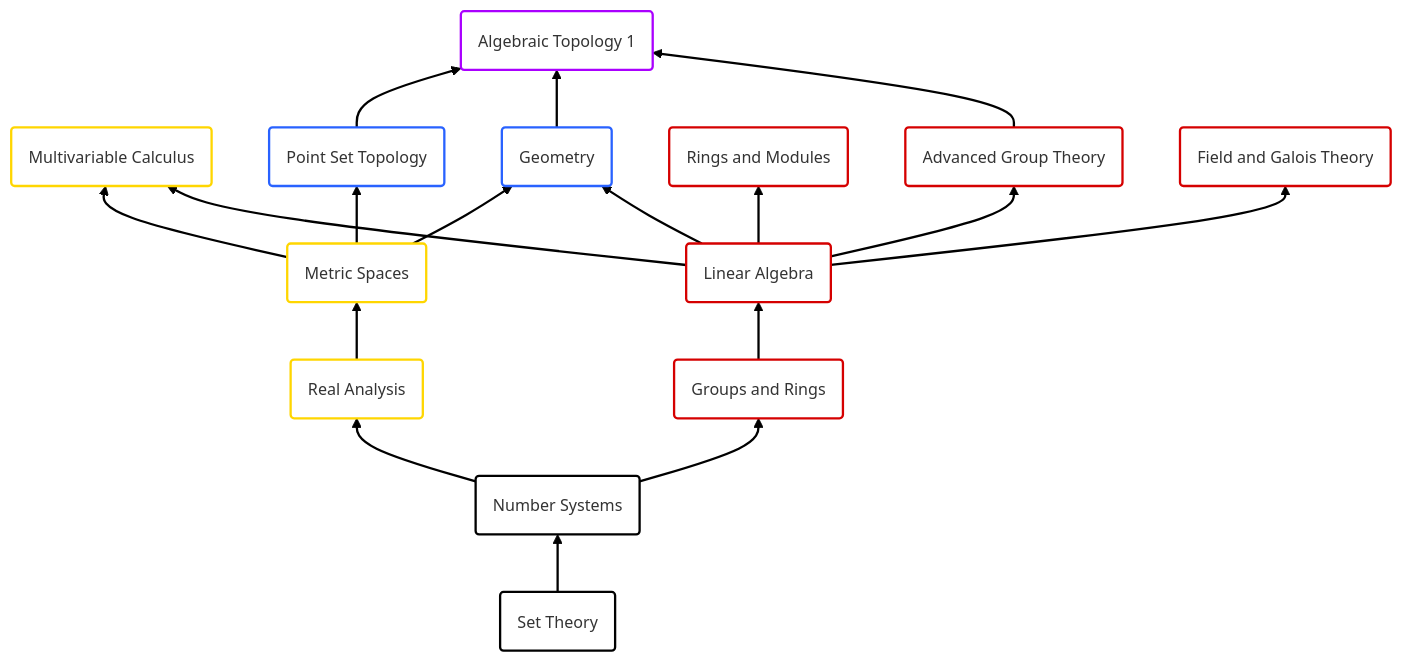
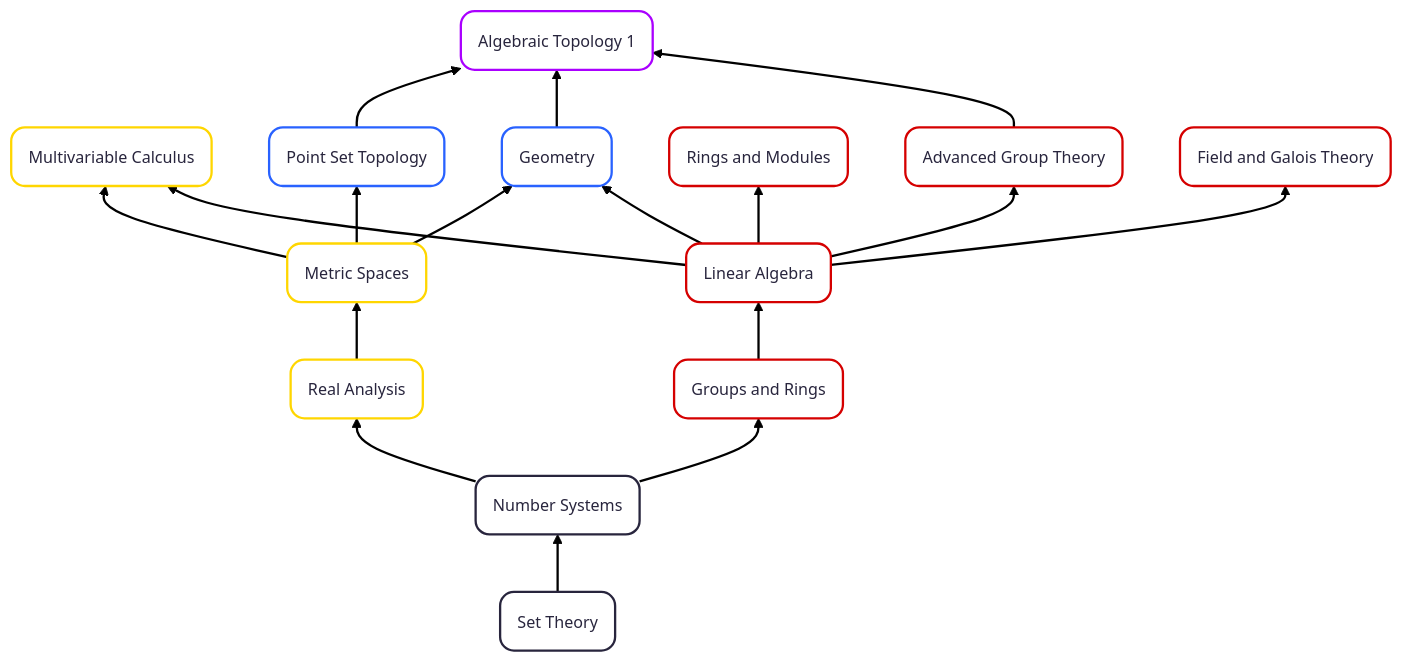
The diagram in README.md (Labix-Liu/Notes), drawn with Mermaid before and after one commit.

````diff
--- a/README.md
+++ b/README.md
@@ -1,36 +1,36 @@
 ```mermaid
 ---
 config:
-  theme: neo
+  theme: redux
 ---
 flowchart BT
     A("Set Theory") --> B("Number Systems")
     B --> C("Real Analysis") & D("Groups and Rings")
     C --> E("Metric Spaces")
     D --> F("Linear Algebra")
     E --> G("Multivariable Calculus") & H("Point Set Topology") & I("Geometry")
     F --> G & I & J("Rings and Modules") & K("Advanced Group Theory") & L("Field and Galois Theory")
     H --> M("Algebraic Topology 1")
     I --> M
     K --> M
      C:::Analysis
      D:::Algebra
      E:::Analysis
      F:::Algebra
      G:::Analysis
      H:::Class_01
      H:::TopologyGeometry
      H:::TopGeo
      I:::Class_01
      I:::TopologyGeometry
      I:::TopGeo
      J:::Algebra
      K:::Algebra
      L:::Algebra
      M:::AlgTopGeo
     classDef Algebra stroke:#D50000
     classDef AlgTopGeo stroke:#AA00FF
     classDef TopGeo stroke:#2962FF
     classDef Analysis stroke:#FFD600
 
 ```
````
